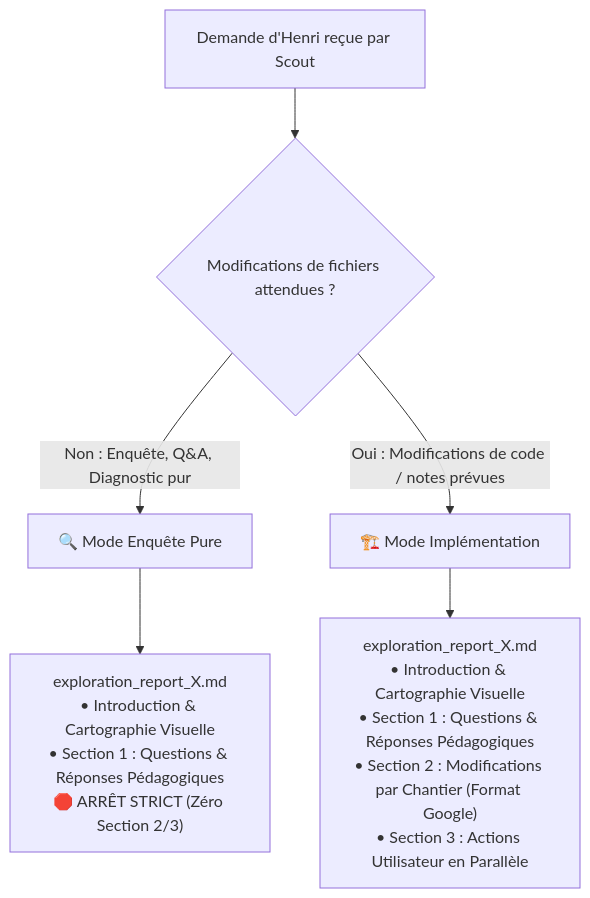
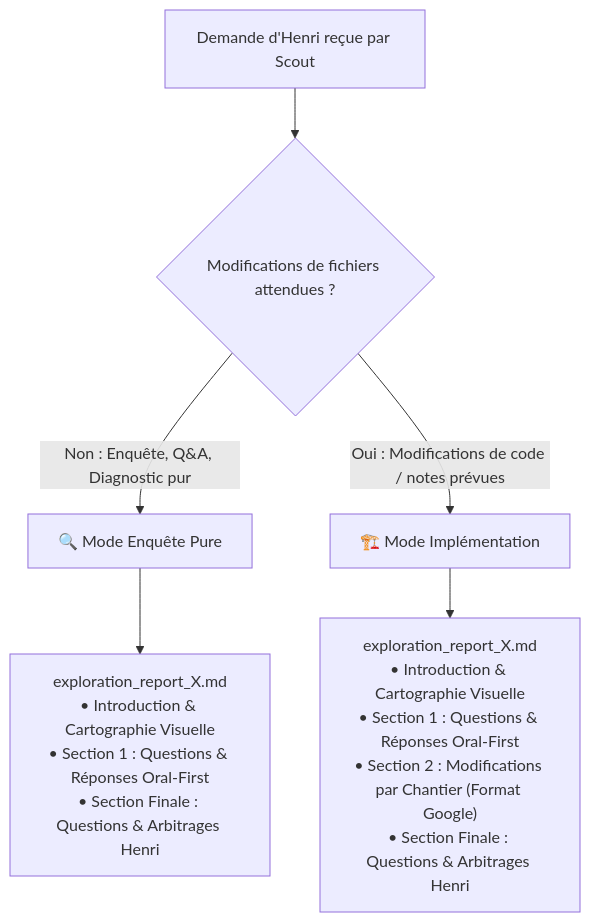
One commit to hjamet/cursor-memory-bank changed the first of 2 diagrams in src/skills/scout/SKILL.md. Above: the diagram before and after it, drawn with Mermaid. The commit also changed other lines of this file and 1 other file, not shown here.

Commit message:
feat(scout): integrate open questions and decisions section in final exploration report

````diff
--- a/src/skills/scout/SKILL.md
+++ b/src/skills/scout/SKILL.md
@@ -110,9 +110,9 @@
 ```mermaid
 flowchart TD
     DEMANDE["Demande d'Henri reçue par Scout"] --> EVAL{"Modifications de fichiers attendues ?"}
     EVAL -->|Non : Enquête, Q&A, Diagnostic pur| MODE_ENQUETE["🔍 Mode Enquête Pure"]
     EVAL -->|Oui : Modifications de code / notes prévues| MODE_BUILD["🏗️ Mode Implémentation"]
     
-    MODE_ENQUETE --> ART_1["exploration_report_X.md<br/>• Introduction & Cartographie Visuelle<br/>• Section 1 : Questions & Réponses Pédagogiques<br/>🛑 ARRÊT STRICT (Zéro Section 2/3)"]
-    MODE_BUILD --> ART_2["exploration_report_X.md<br/>• Introduction & Cartographie Visuelle<br/>• Section 1 : Questions & Réponses Pédagogiques<br/>• Section 2 : Modifications par Chantier (Format Google)<br/>• Section 3 : Actions Utilisateur en Parallèle"]
+    MODE_ENQUETE --> ART_1["exploration_report_X.md<br/>• Introduction & Cartographie Visuelle<br/>• Section 1 : Questions & Réponses Oral-First<br/>• Section Finale : Questions & Arbitrages Henri"]
+    MODE_BUILD --> ART_2["exploration_report_X.md<br/>• Introduction & Cartographie Visuelle<br/>• Section 1 : Questions & Réponses Oral-First<br/>• Section 2 : Modifications par Chantier (Format Google)<br/>• Section Finale : Questions & Arbitrages Henri"]
 ```
````
